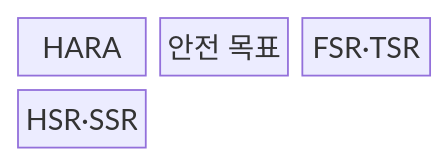
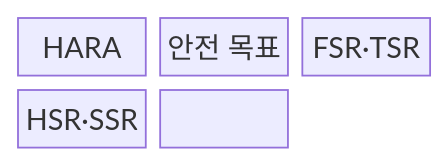
The first of 2 diagrams in src/content/docs/notes/03-software/078_functional_safety_iso_26262_asil.md (agnusdei1207/knowledge-base), drawn with Mermaid before and after one commit. The commit also changed other lines of this file and 20 other files, not shown here.

````diff
--- a/src/content/docs/notes/03-software/078_functional_safety_iso_26262_asil.md
+++ b/src/content/docs/notes/03-software/078_functional_safety_iso_26262_asil.md
@@ -65,8 +69,9 @@
 ```mermaid
-block-beta
+block
   columns 3
   H["HARA"]
   G["안전 목표"]
   F["FSR·TSR"]
   D["HSR·SSR"]
+  H --> G --> F --> D
 ```
````
